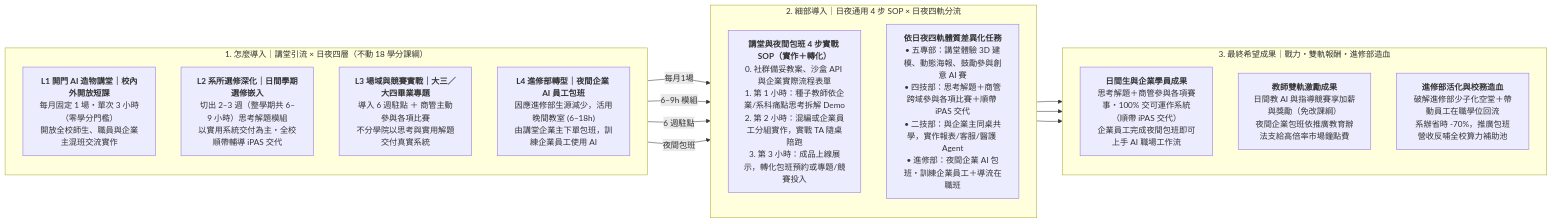
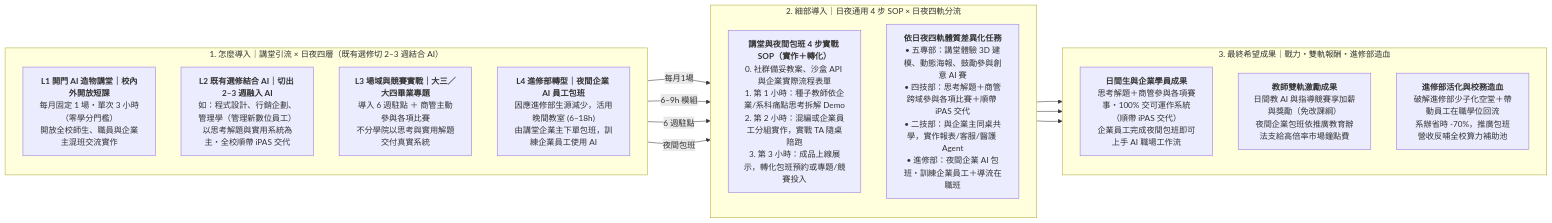
Before and after one commit to nutcelvischen-jpg/nutc-ai-open-door: the second of 4 diagrams in README.md, drawn with Mermaid. The commit also changed other lines of this file and 2 other files, not shown here.

Commit message:
refactor(curriculum): remove 18-credit jargon and embed 2-3w AI in existing electives

````diff
--- a/README.md
+++ b/README.md
@@ -58,31 +58,31 @@
 ```mermaid
 flowchart LR
-    subgraph ENTRY["1. 怎麼導入｜講堂引流 × 日夜四層（不動 18 學分課綱）"]
+    subgraph ENTRY["1. 怎麼導入｜講堂引流 × 日夜四層（既有選修切 2–3 週結合 AI）"]
         direction TB
         E_L1["<b>L1 開門 AI 造物講堂｜校內外開放短課</b><br/>每月固定 1 場・單次 3 小時（零學分門檻）<br/>開放全校師生、職員與企業主混班交流實作"]
-        E_L2["<b>L2 系所選修深化｜日間學期選修嵌入</b><br/>切出 2–3 週（整學期共 6–9 小時）思考解題模組<br/>以實用系統交付為主・全校順帶輔導 iPAS 交代"]
+        E_L2["<b>L2 既有選修結合 AI｜切出 2–3 週融入 AI</b><br/>如：程式設計、行銷企劃、管理學（管理新數位員工）<br/>以思考解題與實用系統為主・全校順帶 iPAS 交代"]
         E_L3["<b>L3 場域與競賽實戰｜大三／大四畢業專題</b><br/>導入 6 週駐點 ＋ 商管主動參與各項比賽<br/>不分學院以思考與實用解題交付真實系統"]
         E_L4["<b>L4 進修部轉型｜夜間企業 AI 員工包班</b><br/>因應進修部生源減少，活用晚間教室 (6–18h)<br/>由講堂企業主下單包班，訓練企業員工使用 AI"]
     end
 
     subgraph DETAIL["2. 細部導入｜日夜通用 4 步 SOP × 日夜四軌分流"]
         direction TB
         SOP["<b>講堂與夜間包班 4 步實戰 SOP（實作＋轉化）</b><br/>0. 社群備妥教案、沙盒 API 與企業實際流程表單<br/>1. 第 1 小時：種子教師依企業/系科痛點思考拆解 Demo<br/>2. 第 2 小時：混編或企業員工分組實作，實戰 TA 隨桌陪跑<br/>3. 第 3 小時：成品上線展示，轉化包班預約或專題/競賽投入"]
         TRK["<b>依日夜四軌體質差異化任務</b><br/>• 五專部：講堂體驗 3D 建模、動態海報、鼓勵參與創意 AI 賽<br/>• 四技部：思考解題＋商管跨域參與各項比賽＋順帶 iPAS 交代<br/>• 二技部：與企業主同桌共學，實作報表/客服/醫護 Agent<br/>• 進修部：夜間企業 AI 包班・訓練企業員工＋導流在職班"]
     end
 
     subgraph OUT["3. 最終希望成果｜戰力・雙軌報酬・進修部造血"]
         direction TB
         O_STU["<b>日間生與企業學員成果</b><br/>思考解題＋商管參與各項賽事・100% 交可運作系統（順帶 iPAS 交代）<br/>企業員工完成夜間包班即可上手 AI 職場工作流"]
         O_TEA["<b>教師雙軌激勵成果</b><br/>日間教 AI 與指導競賽享加薪與獎勵（免改課綱）<br/>夜間企業包班依推廣教育辦法支給高倍率市場鐘點費"]
         O_SCH["<b>進修部活化與校務造血</b><br/>破解進修部少子化空堂＋帶動員工在職學位回流<br/>系辦省時 -70%，推廣包班營收反哺全校算力補助池"]
     end
 
     E_L1 -->|"每月1場"| SOP
     E_L2 -->|"6–9h 模組"| SOP
     E_L3 -->|"6 週駐點"| TRK
     E_L4 -->|"夜間包班"| TRK
     SOP --> O_STU
     SOP --> O_TEA
     TRK --> O_SCH
 ```
````
